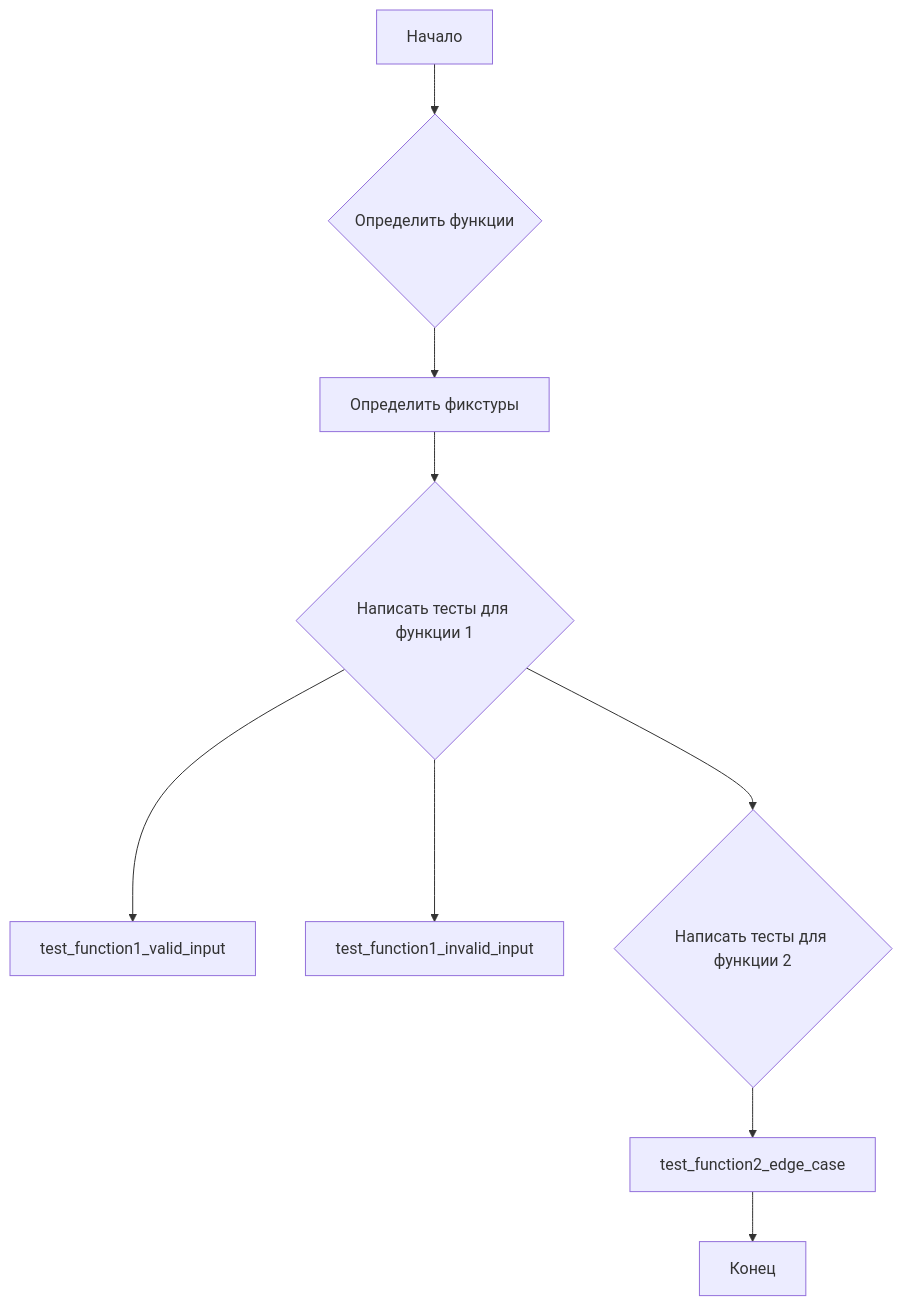
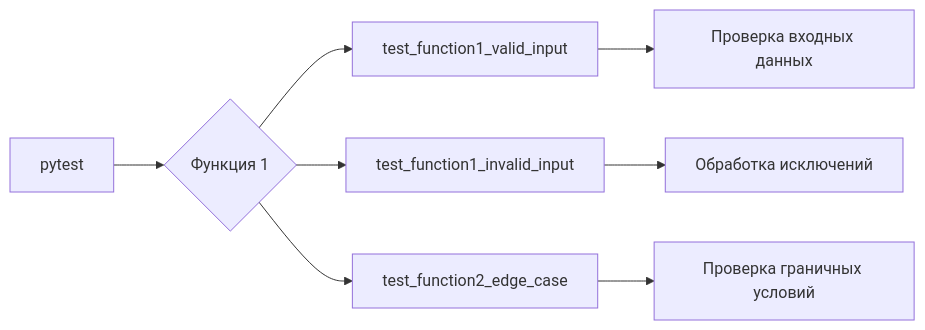
The diagram in docs/gemini/ru/explainer/src/endpoints/hypo69/code_assistant/instructions/instruction_pytest_en.md (hypo69/hypo), drawn with Mermaid before and after one commit. The commit also changed other lines of this file and 468 other files, not shown here.

````diff
--- a/docs/gemini/ru/explainer/src/endpoints/hypo69/code_assistant/instructions/instruction_pytest_en.md
+++ b/docs/gemini/ru/explainer/src/endpoints/hypo69/code_assistant/instructions/instruction_pytest_en.md
@@ -55,11 +52,10 @@
 ```mermaid
-graph TD
-    A[Начало] --> B{Определить функции};
-    B --> C[Определить фикстуры];
-    C --> D{Написать тесты для функции 1};
-    D --> E[test_function1_valid_input];
-    D --> F[test_function1_invalid_input];
-    D --> G{Написать тесты для функции 2};
-    G --> H[test_function2_edge_case];
-    H --> I[Конец];
+graph LR
+    A[pytest] --> B{Функция 1};
+    B --> C[test_function1_valid_input];
+    B --> D[test_function1_invalid_input];
+    B --> E[test_function2_edge_case];
+    C --> F[Проверка входных данных];
+    D --> G[Обработка исключений];
+    E --> H[Проверка граничных условий];
 ```
````
